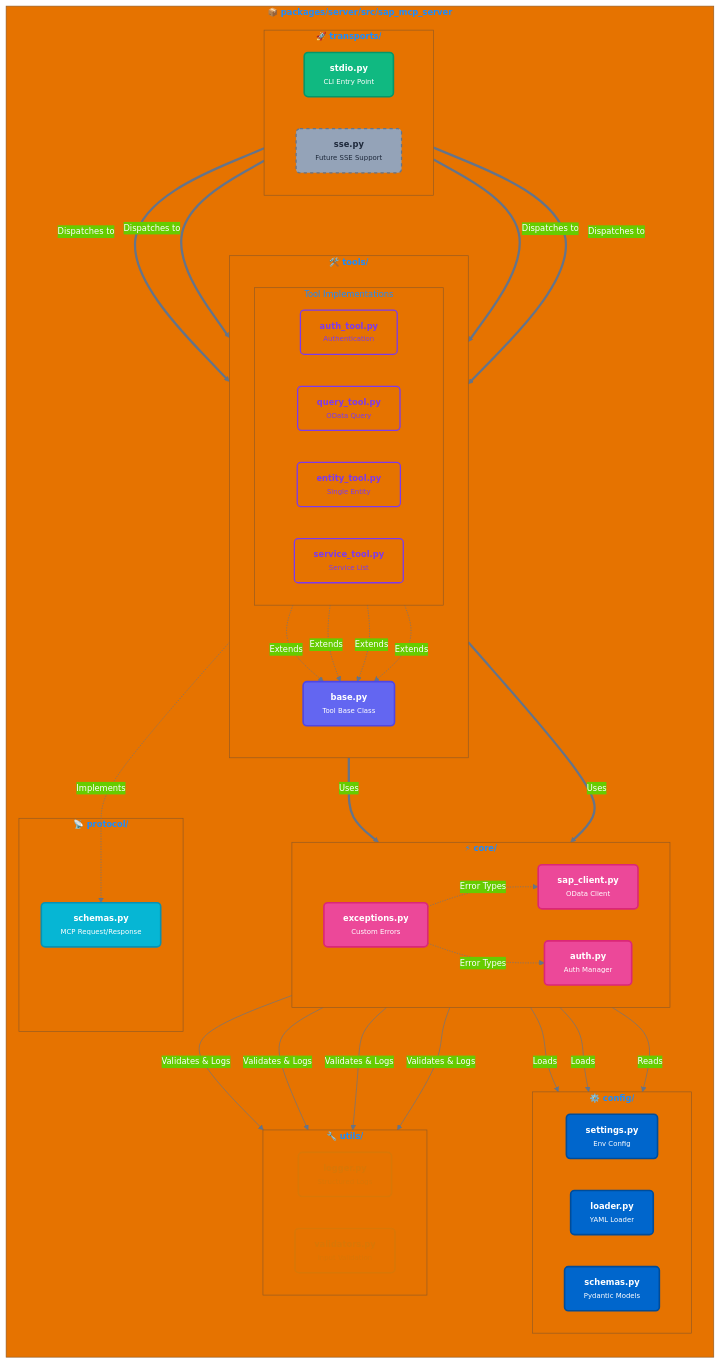
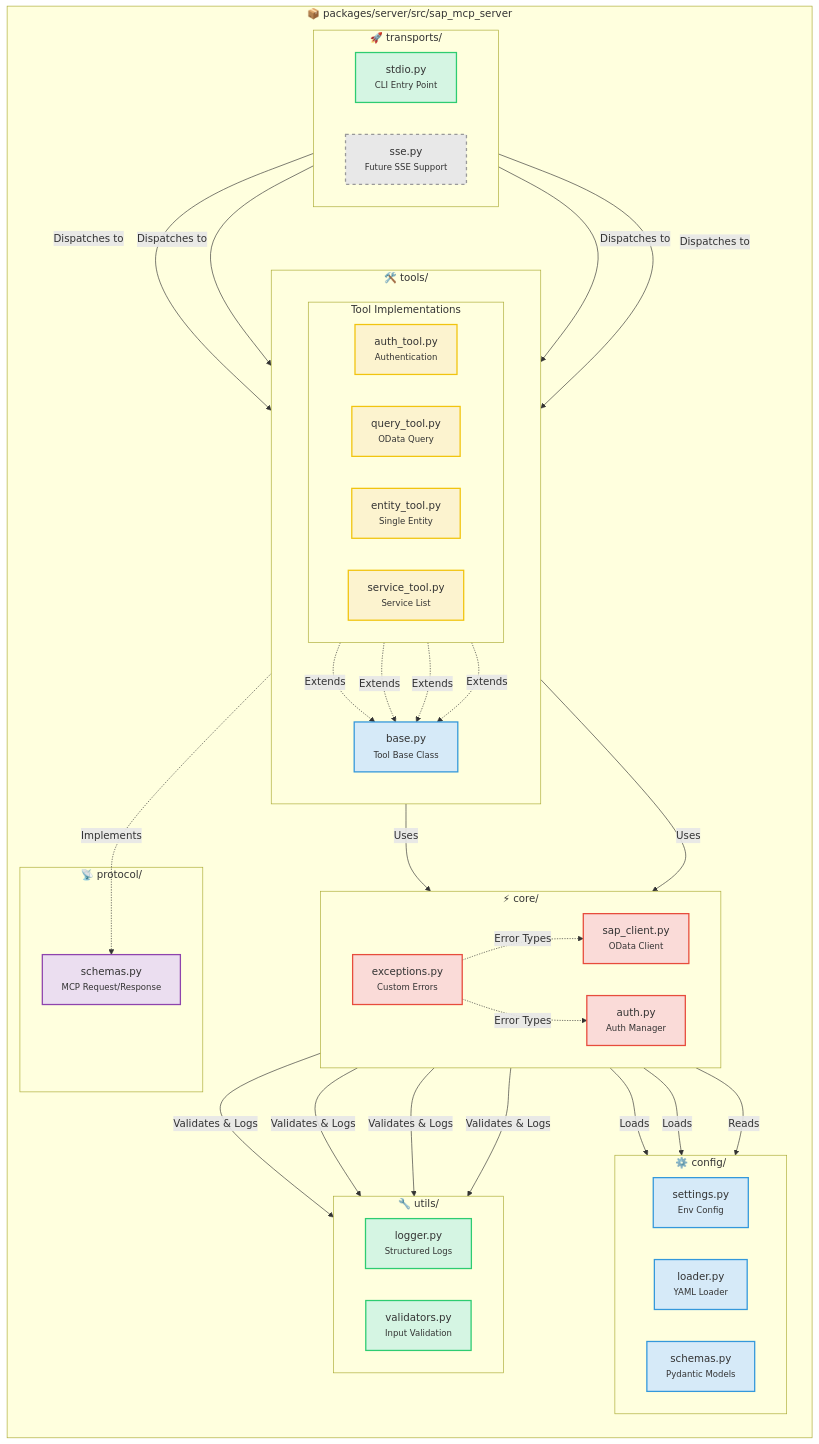
One commit to midasol/sap-mcp-server changed the second of 5 diagrams in README.md. Above: the diagram before and after it, drawn with Mermaid. The commit also changed other lines of this file, not shown here.

````diff
--- a/README.md
+++ b/README.md
@@ -103,68 +110,76 @@
 ```mermaid
-%%{init: {'theme':'base', 'themeVariables': { 'primaryColor':'#0066CC','primaryTextColor':'#FFFFFF','primaryBorderColor':'#004C99','lineColor':'#64748B','fontSize':'13px','fontFamily':'system-ui, -apple-system, sans-serif'}}}%%
 graph TB
-    subgraph pkg["<b>📦 packages/server/src/sap_mcp_server</b>"]
+    subgraph pkg["📦 packages/server/src/sap_mcp_server"]
         direction TB
 
-        subgraph trans["<b>🚀 transports/</b>"]
+        subgraph trans["🚀 transports/"]
             direction LR
-            T1["<b>stdio.py</b><br/><small>CLI Entry Point</small>"]:::transportNode
-            T2["<b>sse.py</b><br/><small>Future SSE Support</small>"]:::futureNode
+            T1["stdio.py<br/><small>CLI Entry Point</small>"]
+            T2["sse.py<br/><small>Future SSE Support</small>"]
         end
 
-        subgraph tools["<b>🛠️ tools/</b>"]
+        subgraph tools["🛠️ tools/"]
             direction TB
-            TO5["<b>base.py</b><br/><small>Tool Base Class</small>"]:::baseNode
+            TO5["base.py<br/><small>Tool Base Class</small>"]
 
             subgraph toolImpl["Tool Implementations"]
                 direction LR
-                TO1["<b>auth_tool.py</b><br/><small>Authentication</small>"]:::toolNode
-                TO2["<b>query_tool.py</b><br/><small>OData Query</small>"]:::toolNode
-                TO3["<b>entity_tool.py</b><br/><small>Single Entity</small>"]:::toolNode
-                TO4["<b>service_tool.py</b><br/><small>Service List</small>"]:::toolNode
+                TO1["auth_tool.py<br/><small>Authentication</small>"]
+                TO2["query_tool.py<br/><small>OData Query</small>"]
+                TO3["entity_tool.py<br/><small>Single Entity</small>"]
+                TO4["service_tool.py<br/><small>Service List</small>"]
             end
         end
 
-        subgraph core["<b>⚡ core/</b>"]
+        subgraph core["⚡ core/"]
             direction LR
-            C1["<b>sap_client.py</b><br/><small>OData Client</small>"]:::coreNode
-            C2["<b>auth.py</b><br/><small>Auth Manager</small>"]:::coreNode
-            C3["<b>exceptions.py</b><br/><small>Custom Errors</small>"]:::coreNode
+            C1["sap_client.py<br/><small>OData Client</small>"]
+            C2["auth.py<br/><small>Auth Manager</small>"]
+            C3["exceptions.py<br/><small>Custom Errors</small>"]
         end
 
-        subgraph config["<b>⚙️ config/</b>"]
+        subgraph config["⚙️ config/"]
             direction LR
-            CF1["<b>settings.py</b><br/><small>Env Config</small>"]:::configNode
-            CF2["<b>loader.py</b><br/><small>YAML Loader</small>"]:::configNode
-            CF3["<b>schemas.py</b><br/><small>Pydantic Models</small>"]:::configNode
+            CF1["settings.py<br/><small>Env Config</small>"]
+            CF2["loader.py<br/><small>YAML Loader</small>"]
+            CF3["schemas.py<br/><small>Pydantic Models</small>"]
         end
 
-        subgraph utils["<b>🔧 utils/</b>"]
+        subgraph utils["🔧 utils/"]
             direction LR
-            U1["<b>logger.py</b><br/><small>Structured Logs</small>"]:::utilNode
-            U2["<b>validators.py</b><br/><small>Input Validation</small>"]:::utilNode
+            U1["logger.py<br/><small>Structured Logs</small>"]
+            U2["validators.py<br/><small>Input Validation</small>"]
         end
 
-        subgraph protocol["<b>📡 protocol/</b>"]
-            P1["<b>schemas.py</b><br/><small>MCP Request/Response</small>"]:::protocolNode
+        subgraph protocol["📡 protocol/"]
+            P1["schemas.py<br/><small>MCP Request/Response</small>"]
         end
     end
 
-    T1 ==>|"Dispatches to"| TO1 & TO2 & TO3 & TO4
-    TO1 & TO2 & TO3 & TO4 -.->|"Extends"| TO5
-    TO5 ==>|"Uses"| C1 & C2
-    C1 -->|"Loads"| CF1 & CF2
-    C2 -->|"Reads"| CF1
-    C1 & C2 -->|"Validates & Logs"| U1 & U2
-    TO5 -.->|"Implements"| P1
-    C3 -.->|"Error Types"| C1 & C2
+    T1 -->|Dispatches to| TO1 & TO2 & TO3 & TO4
+    TO1 & TO2 & TO3 & TO4 -.->|Extends| TO5
+    TO5 -->|Uses| C1 & C2
+    C1 -->|Loads| CF1 & CF2
+    C2 -->|Reads| CF1
+    C1 & C2 -->|Validates & Logs| U1 & U2
+    TO5 -.->|Implements| P1
+    C3 -.->|Error Types| C1 & C2
 
-    classDef transportNode fill:#10B981,stroke:#059669,stroke-width:2.5px,color:#FFFFFF,rx:6,ry:6
-    classDef futureNode fill:#94A3B8,stroke:#64748B,stroke-width:2px,stroke-dasharray:5 5,color:#1E293B,rx:6,ry:6
-    classDef toolNode fill:none,stroke:#7C3AED,stroke-width:2px,color:#7C3AED,rx:6,ry:6
-    classDef baseNode fill:#6366F1,stroke:#4F46E5,stroke-width:2.5px,color:#FFFFFF,rx:6,ry:6
-    classDef coreNode fill:#EC4899,stroke:#DB2777,stroke-width:2.5px,color:#FFFFFF,rx:6,ry:6
-    classDef configNode fill:#0066CC,stroke:#004C99,stroke-width:2.5px,color:#FFFFFF,rx:6,ry:6
-    classDef utilNode fill:none,stroke:#D97706,stroke-width:2.5px,color:#D97706,rx:6,ry:6
-    classDef protocolNode fill:#06B6D4,stroke:#0891B2,stroke-width:2.5px,color:#FFFFFF,rx:6,ry:6
+    classDef transportNode fill:#D5F5E3,stroke:#2ECC71,stroke-width:2px
+    classDef futureNode fill:#E8E8E8,stroke:#999999,stroke-width:2px,stroke-dasharray:5 5
+    classDef toolNode fill:#FCF3CF,stroke:#F1C40F,stroke-width:2px
+    classDef baseNode fill:#D6EAF8,stroke:#3498DB,stroke-width:2px
+    classDef coreNode fill:#FADBD8,stroke:#E74C3C,stroke-width:2px
+    classDef configNode fill:#D6EAF8,stroke:#3498DB,stroke-width:2px
+    classDef utilNode fill:#D5F5E3,stroke:#2ECC71,stroke-width:2px
+    classDef protocolNode fill:#EBDEF0,stroke:#8E44AD,stroke-width:2px
+
+    class T1 transportNode
+    class T2 futureNode
+    class TO1,TO2,TO3,TO4 toolNode
+    class TO5 baseNode
+    class C1,C2,C3 coreNode
+    class CF1,CF2,CF3 configNode
+    class U1,U2 utilNode
+    class P1 protocolNode
 ```
````
